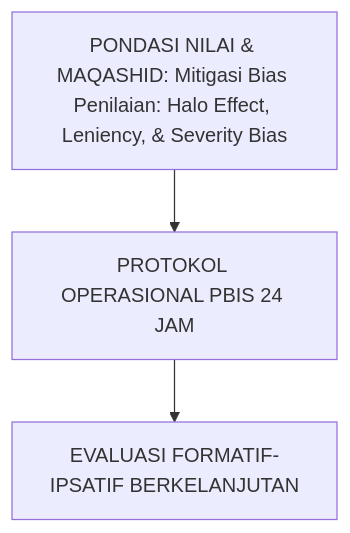
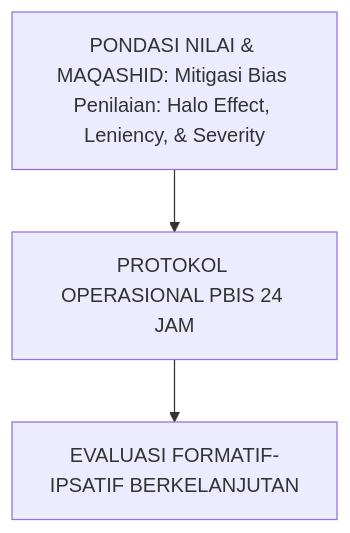
Diagram 21 of 32 in BOOK-SERIES/Volume-03/Buku-Volume-03-Sistem-Asesmen-Perkembangan-dan-Evaluasi-Berbasis-Bukti.md (wandiapriliyandi/tumbuh), drawn with Mermaid before and after one commit. The commit also changed other lines of this file and 196 other files, not shown here.

````diff
--- a/BOOK-SERIES/Volume-03/Buku-Volume-03-Sistem-Asesmen-Perkembangan-dan-Evaluasi-Berbasis-Bukti.md
+++ b/BOOK-SERIES/Volume-03/Buku-Volume-03-Sistem-Asesmen-Perkembangan-dan-Evaluasi-Berbasis-Bukti.md
@@ -575,5 +691,5 @@
 ```mermaid
 graph TD
-    Tujuan["PONDASI NILAI & MAQASHID: Mitigasi Bias Penilaian: Halo Effect, Leniency, & Severity Bias"] --> Operasional["PROTOKOL OPERASIONAL PBIS 24 JAM"]
+    Tujuan["PONDASI NILAI & MAQASHID: Mitigasi Bias Penilaian: Halo Effect, Leniency, & Severity"] --> Operasional["PROTOKOL OPERASIONAL PBIS 24 JAM"]
     Operasional --> Evaluasi["EVALUASI FORMATIF-IPSATIF BERKELANJUTAN"]
 ```
````
